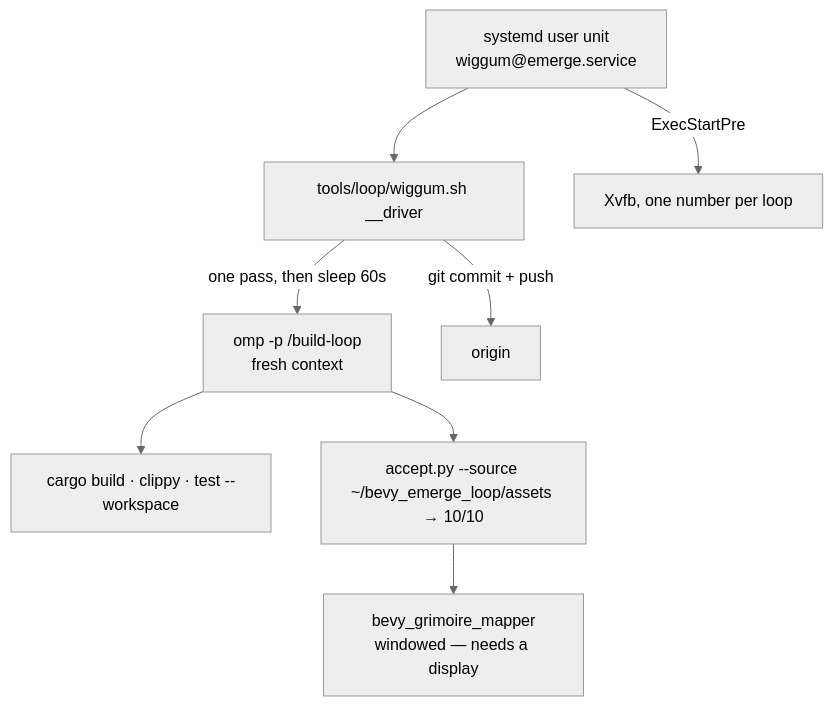
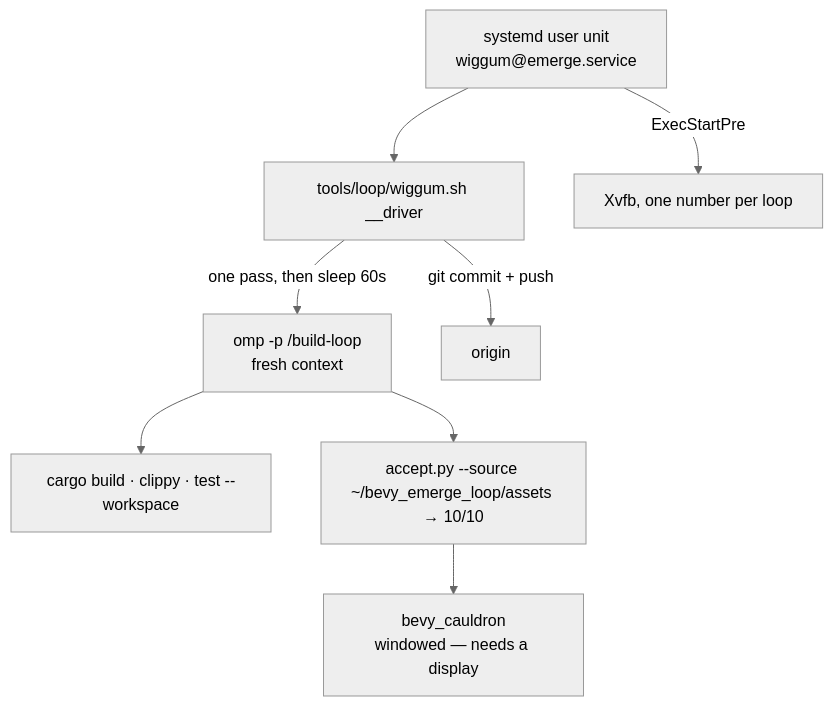
Before and after one commit to bevy-coven/bevy_grimoire: the diagram in tools/loop/README-wiggum.md, drawn with Mermaid (neutral theme). The commit also changed 783 other files, not shown here.

````diff
--- a/tools/loop/README-wiggum.md
+++ b/tools/loop/README-wiggum.md
@@ -30,10 +30,10 @@
 ```mermaid
 flowchart TD
   unit["systemd user unit<br/>wiggum@emerge.service"] --> drv["tools/loop/wiggum.sh __driver"]
   drv -->|"one pass, then sleep 60s"| omp["omp -p /build-loop<br/>fresh context"]
   omp --> gate["cargo build · clippy · test --workspace"]
   omp --> acc["accept.py --source ~/bevy_emerge_loop/assets → 10/10"]
-  acc --> ed["bevy_grimoire_mapper<br/>windowed — needs a display"]
+  acc --> ed["bevy_cauldron<br/>windowed — needs a display"]
   unit -->|"ExecStartPre"| xvfb["Xvfb, one number per loop"]
   drv -->|"git commit + push"| gh["origin"]
 ```
````
